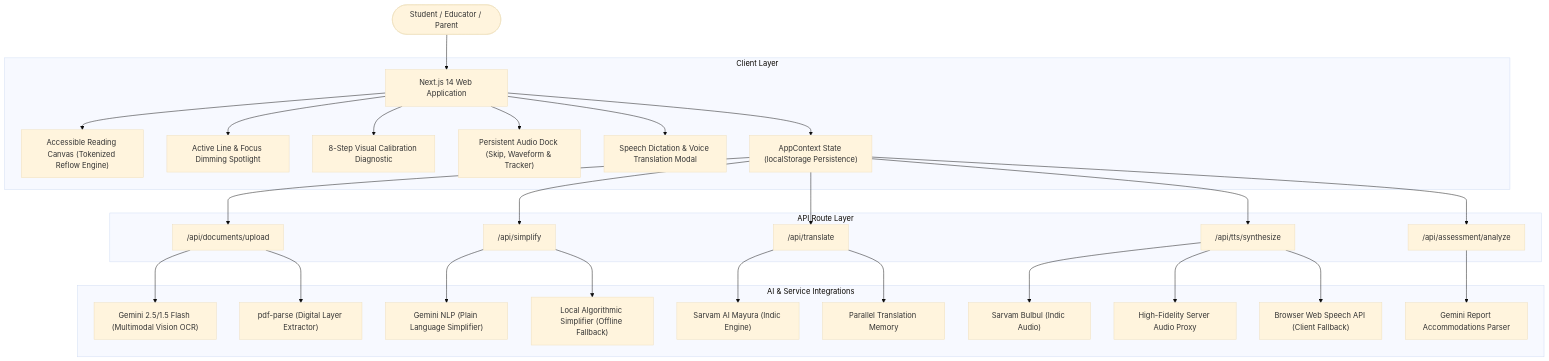
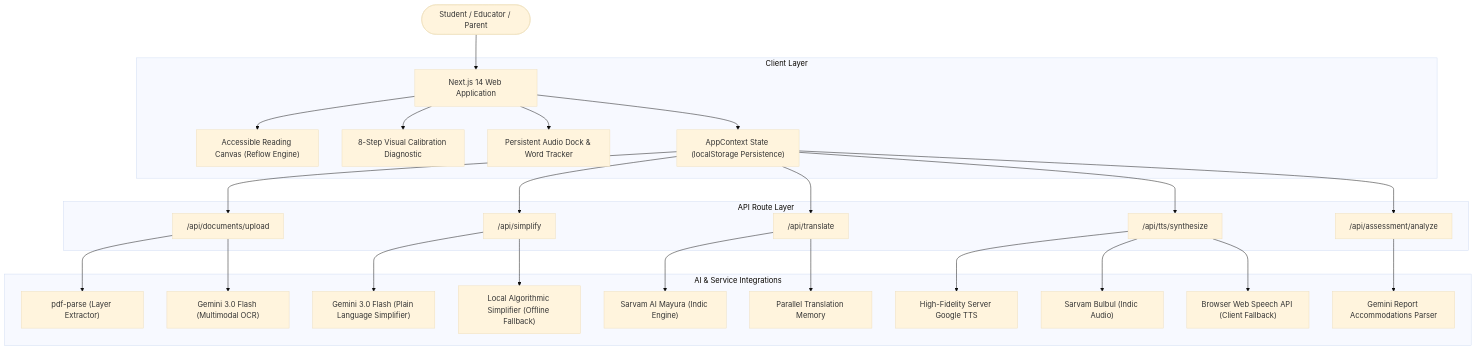
One commit to CODExGAMERZ/akshar-setu changed the diagram in Readme.md. Above: the diagram before and after it, drawn with Mermaid (base theme). The commit also changed other lines of this file and 23 other files, not shown here.

````diff
--- a/Readme.md
+++ b/Readme.md
@@ -95,38 +73,36 @@
 ```mermaid
 graph TD
     User(["Student / Educator / Parent"]) --> NextApp["Next.js 14 Web Application"]
     
     subgraph Client Layer
-        NextApp --> ReaderCanvas["Accessible Reading Canvas (Tokenized Reflow Engine)"]
-        NextApp --> ActiveLineFocus["Active Line & Focus Dimming Spotlight"]
+        NextApp --> ReaderCanvas["Accessible Reading Canvas (Reflow Engine)"]
         NextApp --> CalibrationEngine["8-Step Visual Calibration Diagnostic"]
-        NextApp --> AudioDock["Persistent Audio Dock (Skip, Waveform & Tracker)"]
-        NextApp --> DictationModal["Speech Dictation & Voice Translation Modal"]
+        NextApp --> AudioDock["Persistent Audio Dock & Word Tracker"]
         NextApp --> AppContext["AppContext State (localStorage Persistence)"]
     end
 
     subgraph API Route Layer
         AppContext --> UploadAPI["/api/documents/upload"]
         AppContext --> SimplifyAPI["/api/simplify"]
         AppContext --> TranslateAPI["/api/translate"]
         AppContext --> TTSAPI["/api/tts/synthesize"]
         AppContext --> AssessmentAPI["/api/assessment/analyze"]
     end
 
     subgraph AI & Service Integrations
-        UploadAPI --> GeminiVision["Gemini 2.5/1.5 Flash (Multimodal Vision OCR)"]
-        UploadAPI --> PDFParser["pdf-parse (Digital Layer Extractor)"]
+        UploadAPI --> PDFParser["pdf-parse (Layer Extractor)"]
+        UploadAPI --> GeminiVision["Gemini 3.0 Flash (Multimodal OCR)"]
         
-        SimplifyAPI --> GeminiNLP["Gemini NLP (Plain Language Simplifier)"]
+        SimplifyAPI --> GeminiNLP["Gemini 3.0 Flash (Plain Language Simplifier)"]
         SimplifyAPI --> LocalEngine["Local Algorithmic Simplifier (Offline Fallback)"]
         
         TranslateAPI --> SarvamMayura["Sarvam AI Mayura (Indic Engine)"]
         TranslateAPI --> MyMemoryCache["Parallel Translation Memory"]
         
+        TTSAPI --> GoogleTTS["High-Fidelity Server Google TTS"]
         TTSAPI --> SarvamBulbul["Sarvam Bulbul (Indic Audio)"]
-        TTSAPI --> GoogleTTS["High-Fidelity Server Audio Proxy"]
         TTSAPI --> WebSpeech["Browser Web Speech API (Client Fallback)"]
 
         AssessmentAPI --> GeminiEval["Gemini Report Accommodations Parser"]
     end
 ```
````
